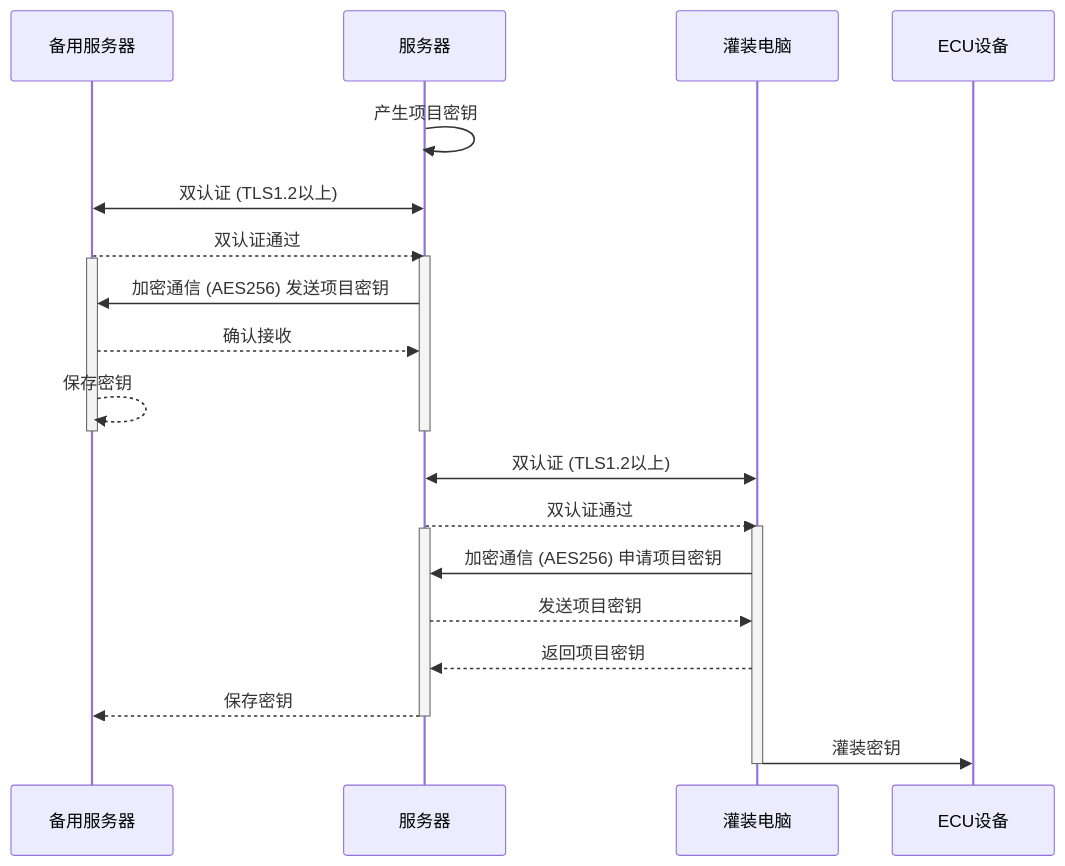
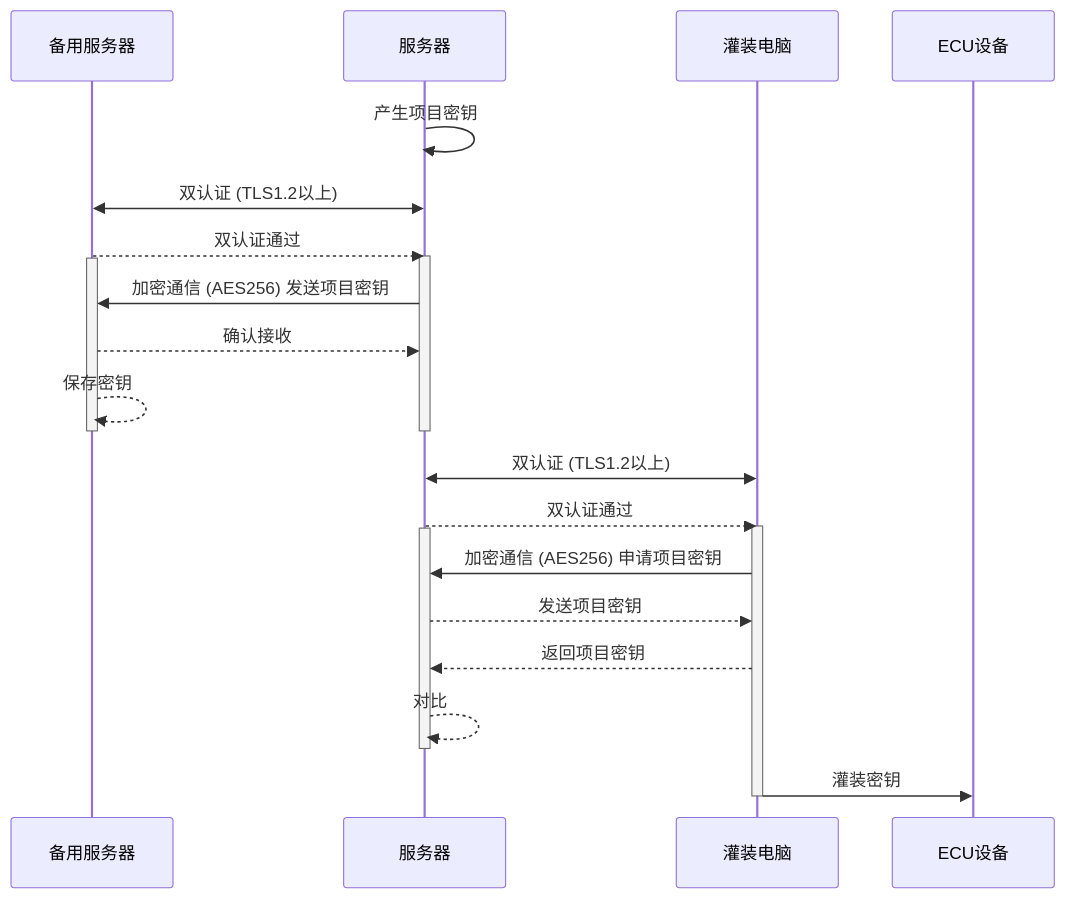
One commit to facebook-cloud/iodraw-files changed the diagram in all/未命名-10.md. Above: the diagram before and after it, drawn with Mermaid.

Commit message:
2026-01-15 11:00:42 update

````diff
--- a/all/未命名-10.md
+++ b/all/未命名-10.md
@@ -1,31 +1,31 @@
 ```mermaid
 sequenceDiagram
     participant B as 备用服务器
     participant A as 服务器
     participant C as 灌装电脑
     participant D as ECU设备
 
     A->>A: 产生项目密钥
     A<<->>B: 双认证 (TLS1.2以上)
     B-->>A: 双认证通过
     activate A
     activate B
     A->>B: 加密通信 (AES256) 发送项目密钥
     B-->>A: 确认接收
     B-->>B: 保存密钥
     deactivate B
     deactivate A
 
     C<<->>A: 双认证 (TLS1.2以上)
     A-->>C: 双认证通过
     activate C
     activate A
     C->>A: 加密通信 (AES256) 申请项目密钥
     A-->>C: 发送项目密钥
     C-->>A: 返回项目密钥
-    A-->>B: 保存密钥
+    A-->>A: 对比
     deactivate A
     C->>D: 灌装密钥
     deactivate C
 
 ```
````
